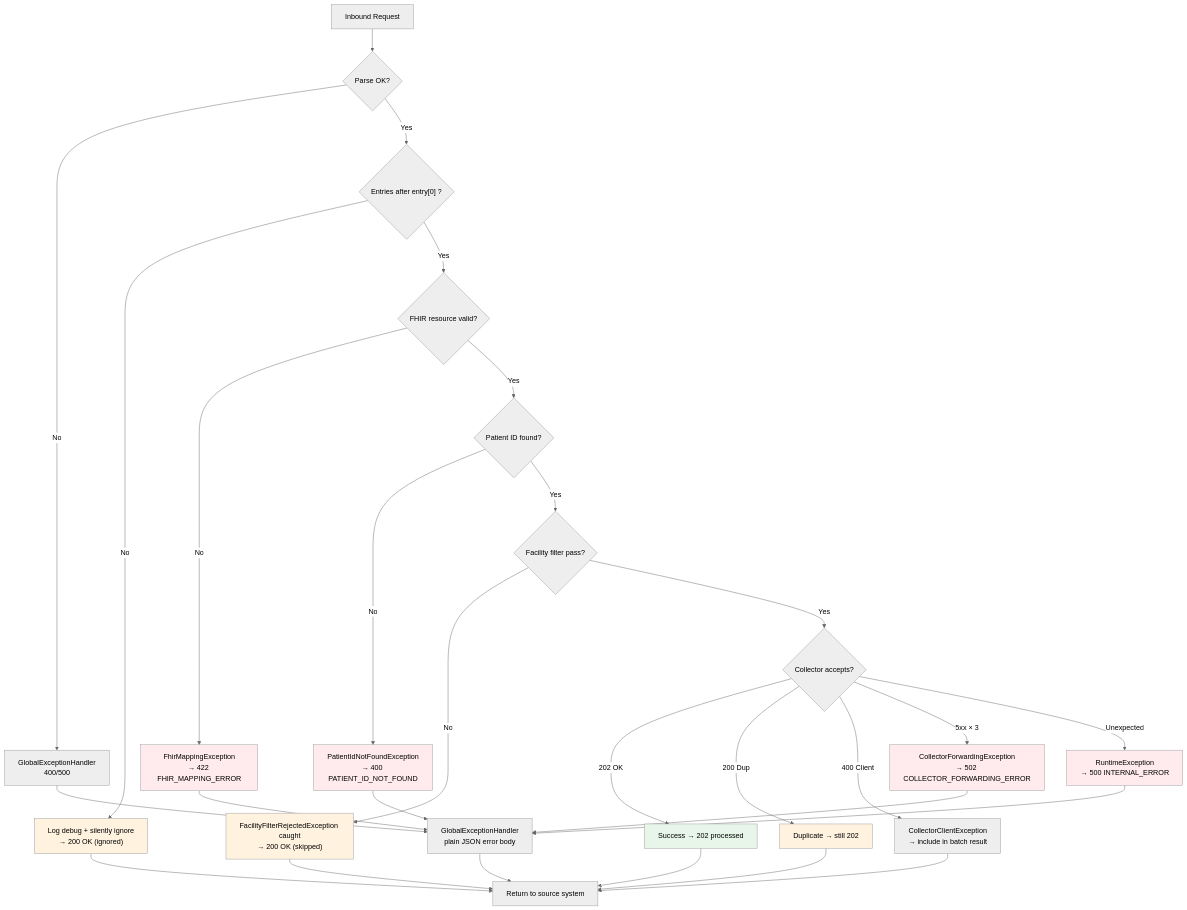
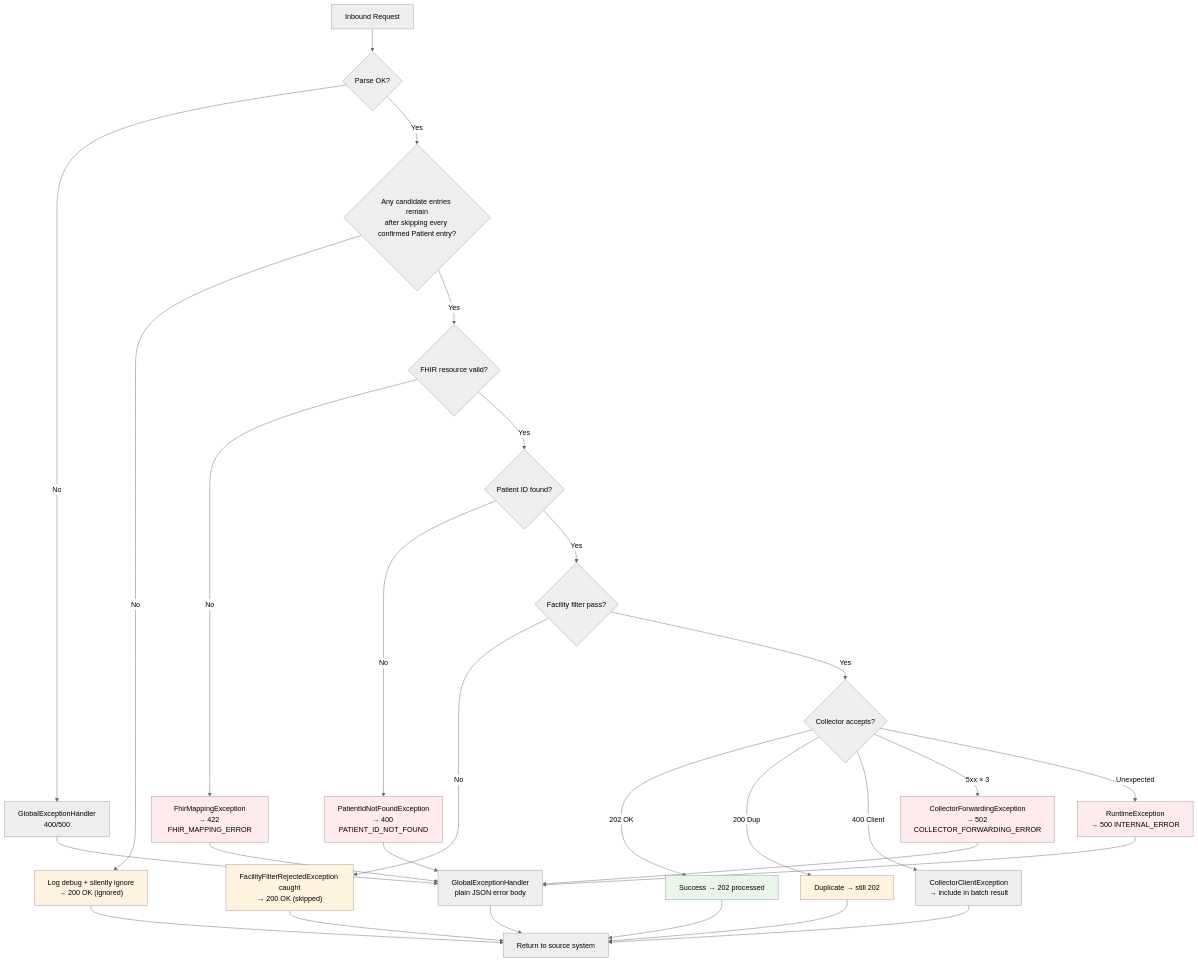
The fifth of 7 diagrams in docs/flow-diagrams.md (ishashankakkasali/tiberbu-cce-emitter-adaptor), drawn with Mermaid (neutral theme) before and after one commit. The commit also changed other lines of this file and 11 other files, not shown here.

````diff
--- a/docs/flow-diagrams.md
+++ b/docs/flow-diagrams.md
@@ -181,47 +184,47 @@
 ```mermaid
 flowchart TD
     A[Inbound Request] --> B{Parse OK?}
 
     B -->|No| C[GlobalExceptionHandler<br/>400/500]
-    B -->|Yes| D{"Entries after entry[0] ?"}
+    B -->|Yes| D{"Any candidate entries remain<br/>after skipping every confirmed Patient entry?"}
 
     D -->|No| E["Log debug + silently ignore<br/>→ 200 OK (ignored)"]
     D -->|Yes| F{FHIR resource valid?}
 
     F -->|No| G[FhirMappingException<br/>→ 422 FHIR_MAPPING_ERROR]
     F -->|Yes| H{Patient ID found?}
 
     H -->|No| I[PatientIdNotFoundException<br/>→ 400 PATIENT_ID_NOT_FOUND]
     H -->|Yes| FF{Facility filter pass?}
 
     FF -->|No| FE["FacilityFilterRejectedException caught<br/>→ 200 OK (skipped)"]
     FF -->|Yes| J{Collector accepts?}
 
     J -->|202 OK| K[Success → 202 processed]
     J -->|200 Dup| L[Duplicate → still 202]
     J -->|400 Client| M[CollectorClientException<br/>→ include in batch result]
     J -->|5xx × 3| N[CollectorForwardingException<br/>→ 502 COLLECTOR_FORWARDING_ERROR]
     J -->|Unexpected| UE[RuntimeException<br/>→ 500 INTERNAL_ERROR]
 
     C --> O[GlobalExceptionHandler<br/>plain JSON error body]
     E --> P
     FE --> P
     G --> O
     I --> O
     K --> P
     L --> P
     M --> P
     N --> O
     UE --> O
 
     O --> P[Return to source system]
 
     style K fill:#e8f5e9
     style L fill:#fff3e0
     style E fill:#fff3e0
     style FE fill:#fff3e0
     style G fill:#ffebee
     style I fill:#ffebee
     style N fill:#ffebee
     style UE fill:#ffebee
 ```
````
